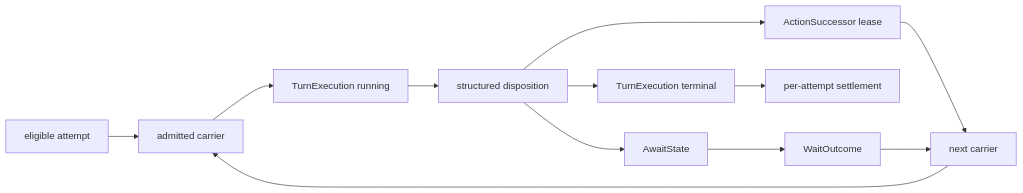
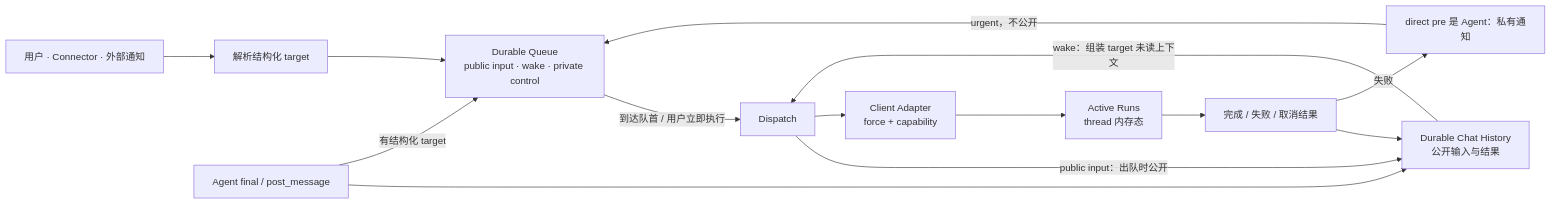
The first of 4 diagrams in docs/architecture/message-delivery-handling-handoff-audit.md (zts212653/clowder-ai), drawn with Mermaid before and after one commit. The commit also changed other lines of this file, not shown here.

First line of the commit message:
docs: simplify A2A lifecycle architecture

````diff
--- a/docs/architecture/message-delivery-handling-handoff-audit.md
+++ b/docs/architecture/message-delivery-handling-handoff-audit.md
@@ -247,14 +86,16 @@
 ```mermaid
 flowchart LR
-    E["eligible attempt"] --> A["admitted carrier"]
-    A --> X["TurnExecution running"]
-    X --> D["structured disposition"]
-    D --> T["TurnExecution terminal"]
-    D --> S["ActionSuccessor lease"]
-    D --> W["AwaitState"]
-    T --> R["per-attempt settlement"]
-    S --> N["next carrier"]
-    W --> O["WaitOutcome"]
-    O --> N
-    N --> A
+    U["用户 · Connector · 外部通知"] --> R["解析结构化 target"]
+    R --> Q["Durable Queue<br/>public input · wake · private control"]
+    AO["Agent final / post_message"] --> H["Durable Chat History<br/>公开输入与结果"]
+    AO -->|"有结构化 target"| Q
+    Q -->|"到达队首 / 用户立即执行"| D["Dispatch"]
+    D -->|"public input：出队时公开"| H
+    H -->|"wake：组装 target 未读上下文"| D
+    D --> C["Client Adapter<br/>force + capability"]
+    C --> A["Active Runs<br/>thread 内存态"]
+    A --> O["完成 / 失败 / 取消结果"]
+    O --> H
+    O -->|"失败"| P["direct pre 是 Agent：私有通知"]
+    P -->|"urgent，不公开"| Q
 ```
````
